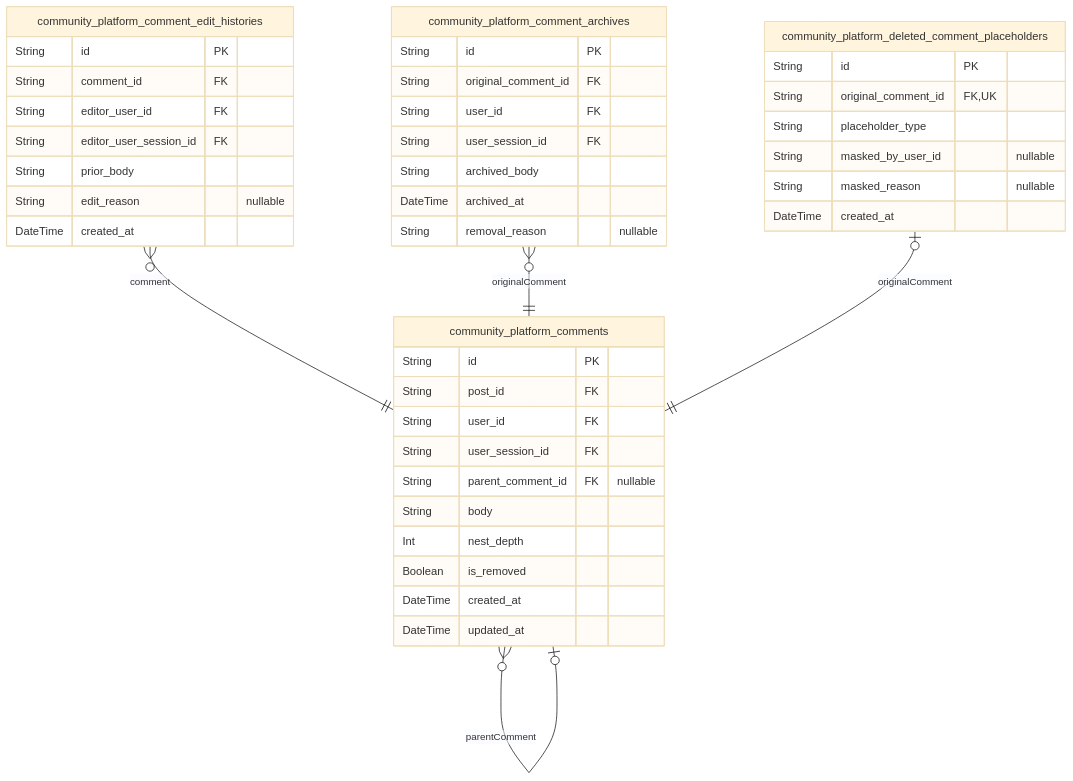
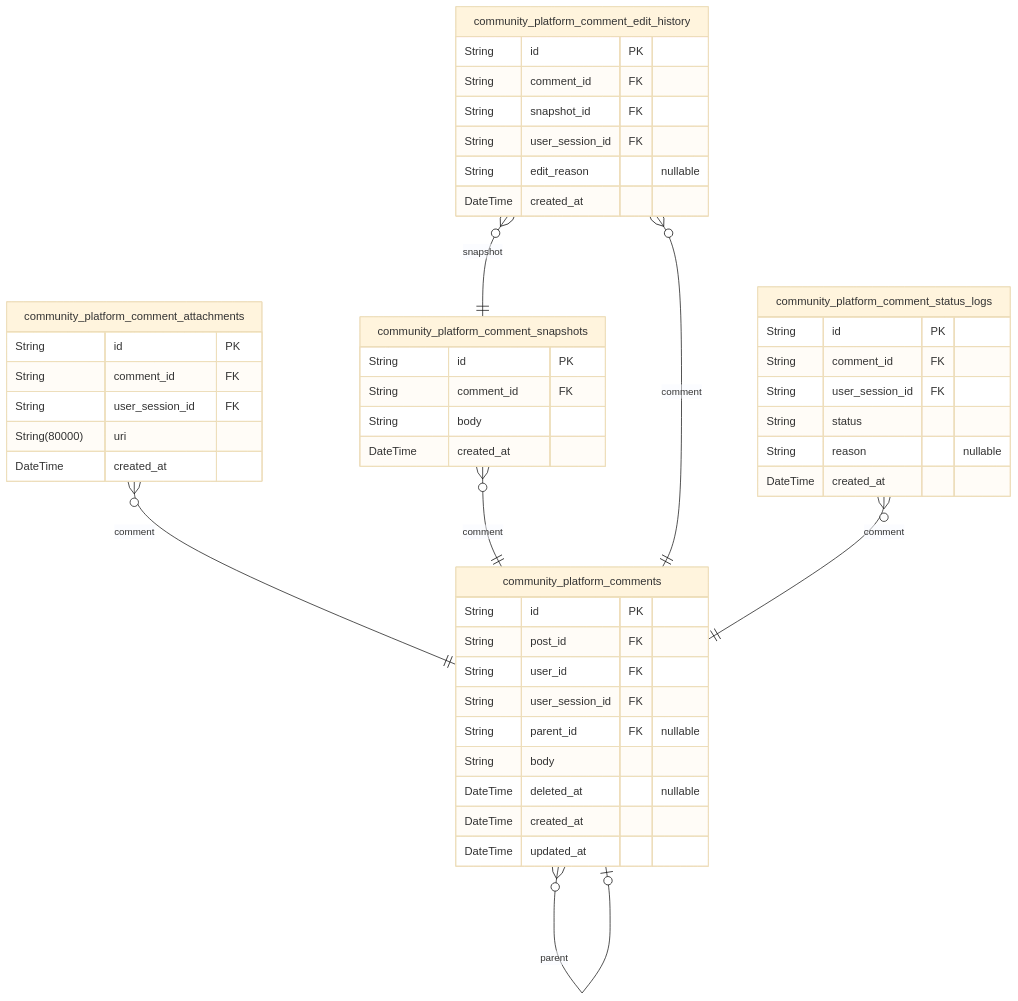
Before and after one commit to wrtnlabs/autobe-examples: the fifth of 11 diagrams in openai/gpt-4.1/reddit/docs/ERD.md, drawn with Mermaid (base theme). The commit also changed other lines of this file and 22498 other files, not shown here.

````diff
--- a/openai/gpt-4.1/reddit/docs/ERD.md
+++ b/openai/gpt-4.1/reddit/docs/ERD.md
@@ -753,45 +975,49 @@
 ```mermaid
 erDiagram
 "community_platform_comments" {
   String id PK
   String post_id FK
   String user_id FK
   String user_session_id FK
-  String parent_comment_id FK "nullable"
+  String parent_id FK "nullable"
   String body
-  Int nest_depth
-  Boolean is_removed
+  DateTime deleted_at "nullable"
   DateTime created_at
   DateTime updated_at
 }
-"community_platform_comment_edit_histories" {
+"community_platform_comment_attachments" {
   String id PK
   String comment_id FK
-  String editor_user_id FK
-  String editor_user_session_id FK
-  String prior_body
+  String user_session_id FK
+  String(80000) uri
+  DateTime created_at
+}
+"community_platform_comment_snapshots" {
+  String id PK
+  String comment_id FK
+  String body
+  DateTime created_at
+}
+"community_platform_comment_edit_history" {
+  String id PK
+  String comment_id FK
+  String snapshot_id FK
+  String user_session_id FK
   String edit_reason "nullable"
   DateTime created_at
 }
-"community_platform_comment_archives" {
+"community_platform_comment_status_logs" {
   String id PK
-  String original_comment_id FK
-  String user_id FK
+  String comment_id FK
   String user_session_id FK
-  String archived_body
-  DateTime archived_at
-  String removal_reason "nullable"
-}
-"community_platform_deleted_comment_placeholders" {
-  String id PK
-  String original_comment_id FK,UK
-  String placeholder_type
-  String masked_by_user_id "nullable"
-  String masked_reason "nullable"
+  String status
+  String reason "nullable"
   DateTime created_at
 }
-"community_platform_comments" }o--o| "community_platform_comments" : parentComment
-"community_platform_comment_edit_histories" }o--|| "community_platform_comments" : comment
-"community_platform_comment_archives" }o--|| "community_platform_comments" : originalComment
-"community_platform_deleted_comment_placeholders" |o--|| "community_platform_comments" : originalComment
+"community_platform_comments" }o--o| "community_platform_comments" : parent
+"community_platform_comment_attachments" }o--|| "community_platform_comments" : comment
+"community_platform_comment_snapshots" }o--|| "community_platform_comments" : comment
+"community_platform_comment_edit_history" }o--|| "community_platform_comments" : comment
+"community_platform_comment_edit_history" }o--|| "community_platform_comment_snapshots" : snapshot
+"community_platform_comment_status_logs" }o--|| "community_platform_comments" : comment
 ```
````
